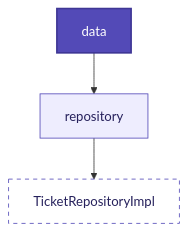
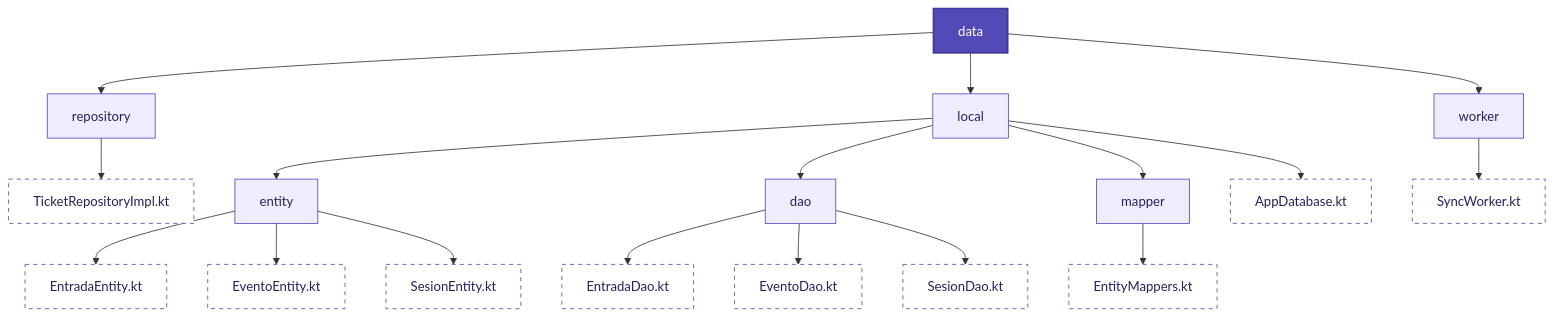
The seventh of 9 diagrams in README.md (ManuelPavonBuendia/AppEntradas), drawn with Mermaid before and after one commit. The commit also changed other lines of this file, not shown here.

````diff
--- a/README.md
+++ b/README.md
@@ -251,11 +279,30 @@
 ```mermaid
 graph TD
     pres[data]:::layerStyle
     
     pres --> repository[repository]
-    repository --> ticket[TicketRepositoryImpl]:::folderStyle
+    repository --> ticket[TicketRepositoryImpl.kt]:::folderStyle
+
+    pres --> local[local]
+    local --> entity[entity]
+    entity --> entradaEntity[EntradaEntity.kt]:::folderStyle
+    entity --> eventoEntity[EventoEntity.kt]:::folderStyle
+    entity --> sesionEntity[SesionEntity.kt]:::folderStyle
+
+    local --> dao[dao]
+    dao --> entradaDao[EntradaDao.kt]:::folderStyle
+    dao --> eventoDao[EventoDao.kt]:::folderStyle
+    dao --> sesionDao[SesionDao.kt]:::folderStyle
+
+    local --> mapper[mapper]
+    mapper --> entityMappers[EntityMappers.kt]:::folderStyle
+
+    local --> appDatabase[AppDatabase.kt]:::folderStyle
+
+    pres --> worker[worker]
+    worker --> syncWorker[SyncWorker.kt]:::folderStyle
 
     classDef layerStyle fill:#534AB7,color:#fff,stroke:#3F3795,stroke-width:2px
     classDef folderStyle fill:white,color:#26215C,stroke:#534AB7,stroke-dasharray: 5 5
     classDef default fill:#EEEDFE,color:#26215C,stroke:#534AB7
 ```
````
